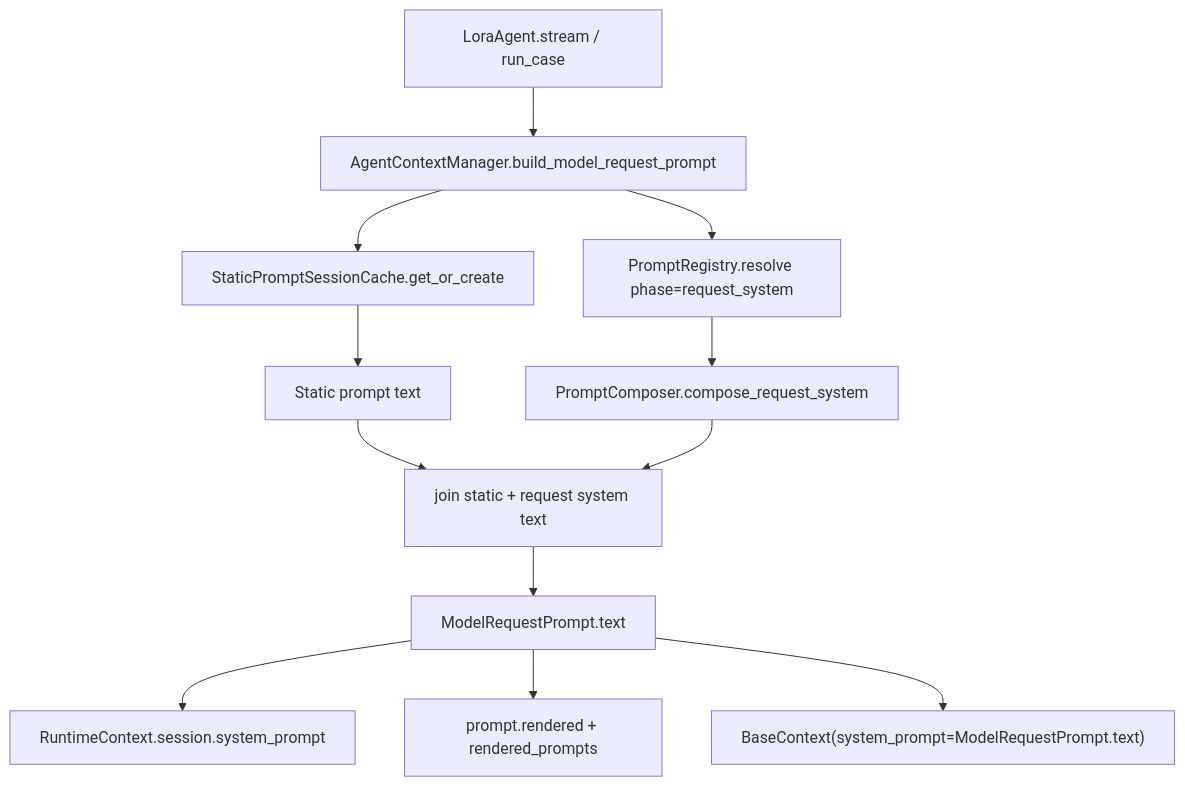
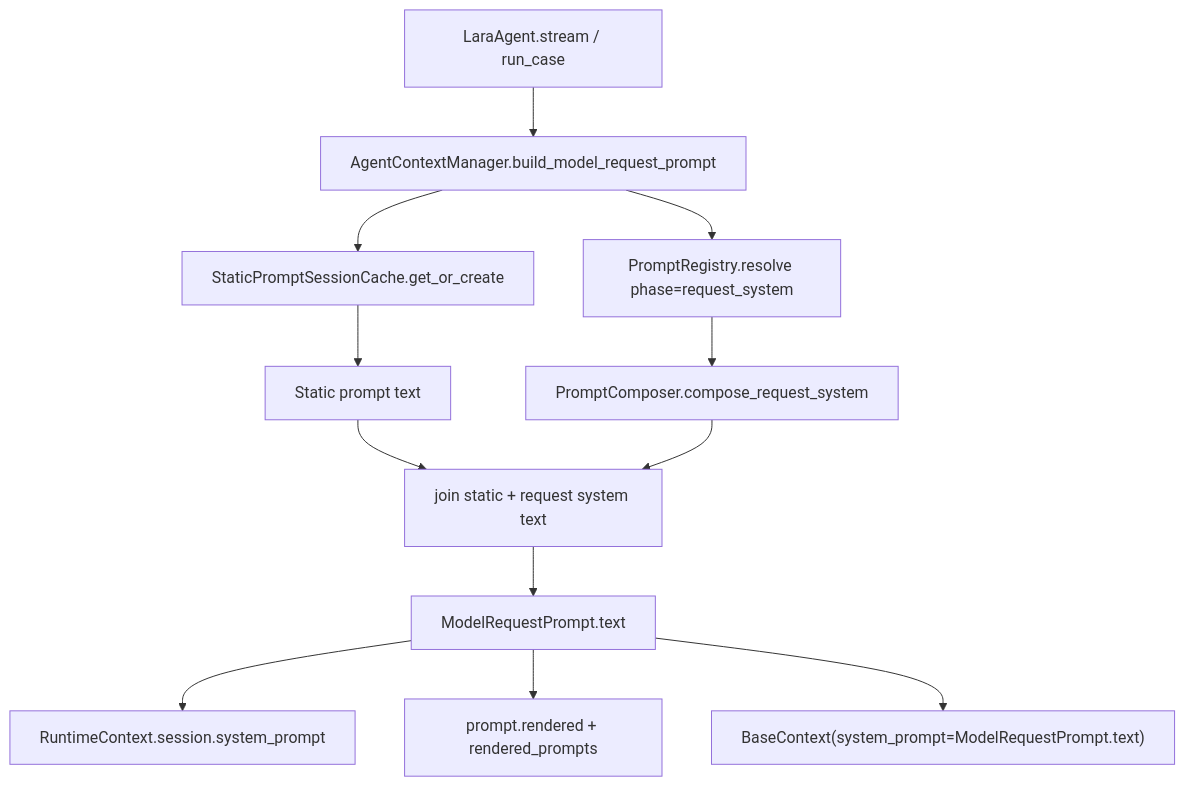
One commit to pygent-ai/lara changed the diagram in docs/design/agent/prompt-composition-architecture-design.md. Above: the diagram before and after it, drawn with Mermaid. The commit also changed other lines of this file and 409 other files, not shown here.

First line of the commit message:
refactor!: rename lora to lara and drop the legacy .lora user root

````diff
--- a/docs/design/agent/prompt-composition-architecture-design.md
+++ b/docs/design/agent/prompt-composition-architecture-design.md
@@ -90,14 +90,14 @@
 ```mermaid
 flowchart TB
-  Runtime["LoraAgent.stream / run_case"] --> Builder["AgentContextManager.build_model_request_prompt"]
+  Runtime["LaraAgent.stream / run_case"] --> Builder["AgentContextManager.build_model_request_prompt"]
   Builder --> Cache["StaticPromptSessionCache.get_or_create"]
   Builder --> Registry["PromptRegistry.resolve phase=request_system"]
   Cache --> StaticText["Static prompt text"]
   Registry --> Composer["PromptComposer.compose_request_system"]
   StaticText --> Join["join static + request system text"]
   Composer --> Join
   Join --> ModelPrompt["ModelRequestPrompt.text"]
   ModelPrompt --> Session["RuntimeContext.session.system_prompt"]
   ModelPrompt --> Store["prompt.rendered + rendered_prompts"]
   ModelPrompt --> LLM["BaseContext(system_prompt=ModelRequestPrompt.text)"]
 ```
````
